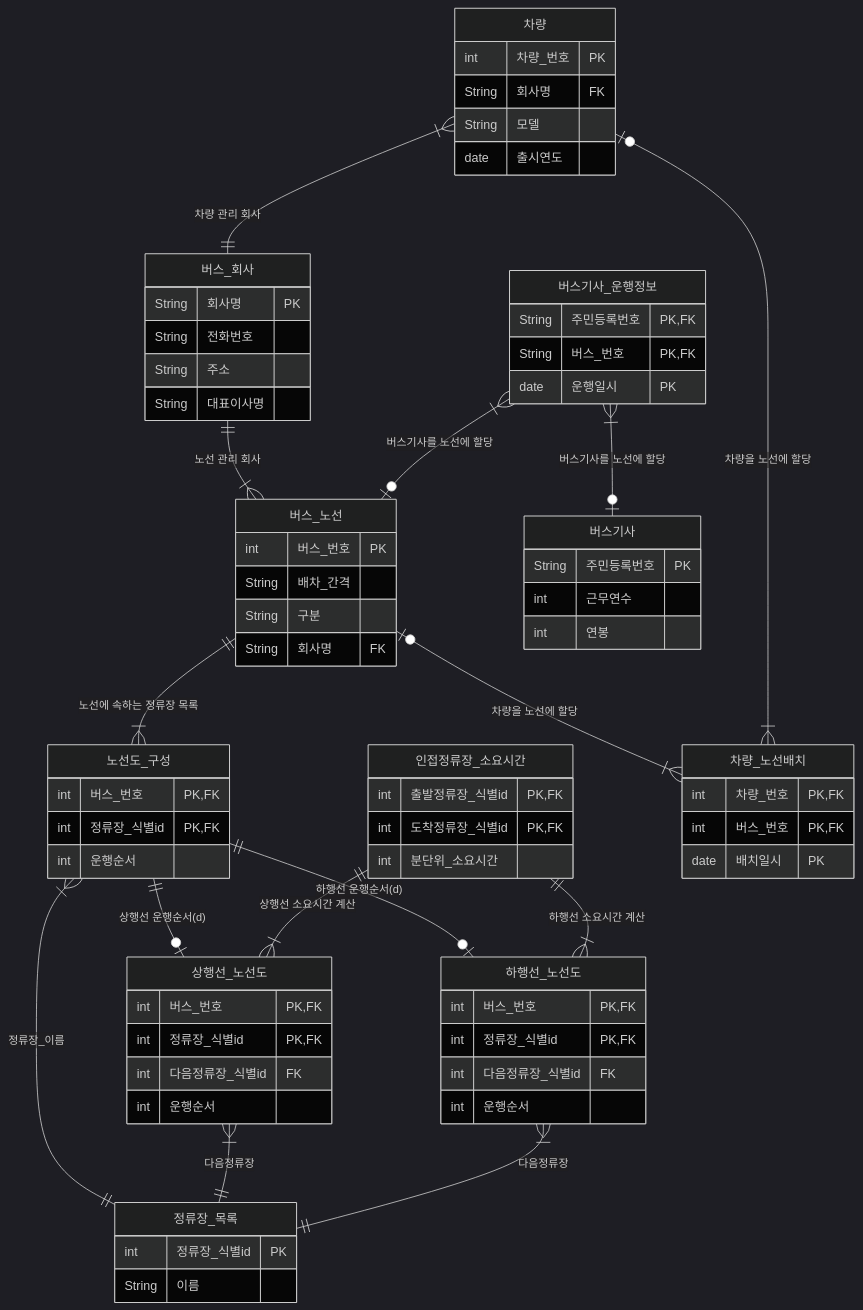
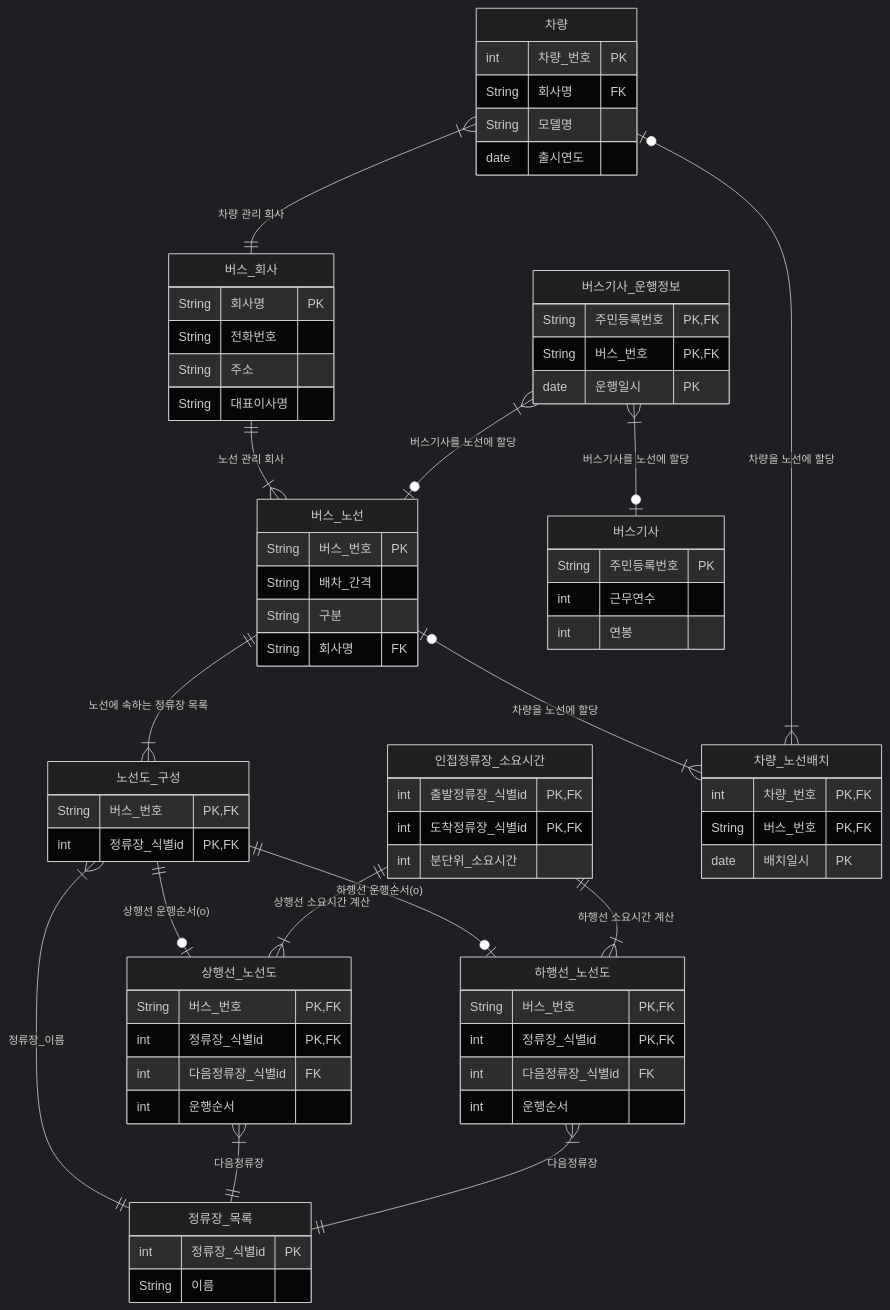
The second of 2 diagrams in README.md (zerojun040329-eng/test-260401), drawn with Mermaid (dark theme) before and after one commit. The commit also changed other lines of this file, not shown here.

````diff
--- a/README.md
+++ b/README.md
@@ -64,77 +66,76 @@
 ```mermaid
 erDiagram
   버스_노선 {
-    int 버스_번호 PK
+    String 버스_번호 PK
     String 배차_간격 
     String 구분
     String 회사명 FK
   }
   정류장_목록 {
     int 정류장_식별id PK
     String 이름
   }
   노선도_구성 {
-    int 버스_번호 PK, FK
+    String 버스_번호 PK, FK
     int 정류장_식별id PK, FK
-    int 운행순서
   }
   상행선_노선도 {
-    int 버스_번호 PK, FK
+    String 버스_번호 PK, FK
     int 정류장_식별id PK, FK
     int 다음정류장_식별id FK
     int 운행순서
   }
   하행선_노선도 {
-    int 버스_번호 PK, FK
+    String 버스_번호 PK, FK
     int 정류장_식별id PK, FK
     int 다음정류장_식별id FK
     int 운행순서
   }
   인접정류장_소요시간 {
     int 출발정류장_식별id PK, FK
     int 도착정류장_식별id PK, FK
     int 분단위_소요시간
   }
   버스_회사 {
     String 회사명 PK
     String 전화번호
     String 주소
     String 대표이사명
   }
   차량 {
     int 차량_번호 PK
     String 회사명 FK
-    String 모델
+    String 모델명
     date 출시연도
   }
   차량_노선배치 {
     int 차량_번호 PK, FK
-    int 버스_번호 PK, FK
+    String 버스_번호 PK, FK
     date 배치일시 PK
   }
   버스기사 {
     String 주민등록번호 PK
     int 근무연수
     int 연봉
   }
   버스기사_운행정보 {
     String 주민등록번호 PK, FK
     String 버스_번호 PK, FK
     date 운행일시 PK
   }
 
   버스_회사 ||--|{ 버스_노선 : "노선 관리 회사"
   차량 |{--|| 버스_회사 : "차량 관리 회사"
   버스_노선 ||--|{ 노선도_구성 : "노선에 속하는 정류장 목록"
   노선도_구성 |{--|| 정류장_목록 : "정류장_이름"
-  노선도_구성 ||--o| 상행선_노선도 : "상행선 운행순서(d)"
-  노선도_구성 ||--o| 하행선_노선도 : "하행선 운행순서(d)"
+  노선도_구성 ||--o| 상행선_노선도 : "상행선 운행순서(o)"
+  노선도_구성 ||--o| 하행선_노선도 : "하행선 운행순서(o)"
   상행선_노선도 |{--|| 정류장_목록 : "다음정류장"
   하행선_노선도 |{--|| 정류장_목록 : "다음정류장"
   인접정류장_소요시간 ||--|{ 상행선_노선도 : "상행선 소요시간 계산"
   인접정류장_소요시간 ||--|{ 하행선_노선도 : "하행선 소요시간 계산"
   버스기사_운행정보 |{--o| 버스기사 : "버스기사를 노선에 할당"
   버스기사_운행정보 |{--o| 버스_노선 : "버스기사를 노선에 할당"
   버스_노선 o|--|{ 차량_노선배치 : "차량을 노선에 할당"
   차량 o|--|{ 차량_노선배치 : "차량을 노선에 할당"
 ```
````
